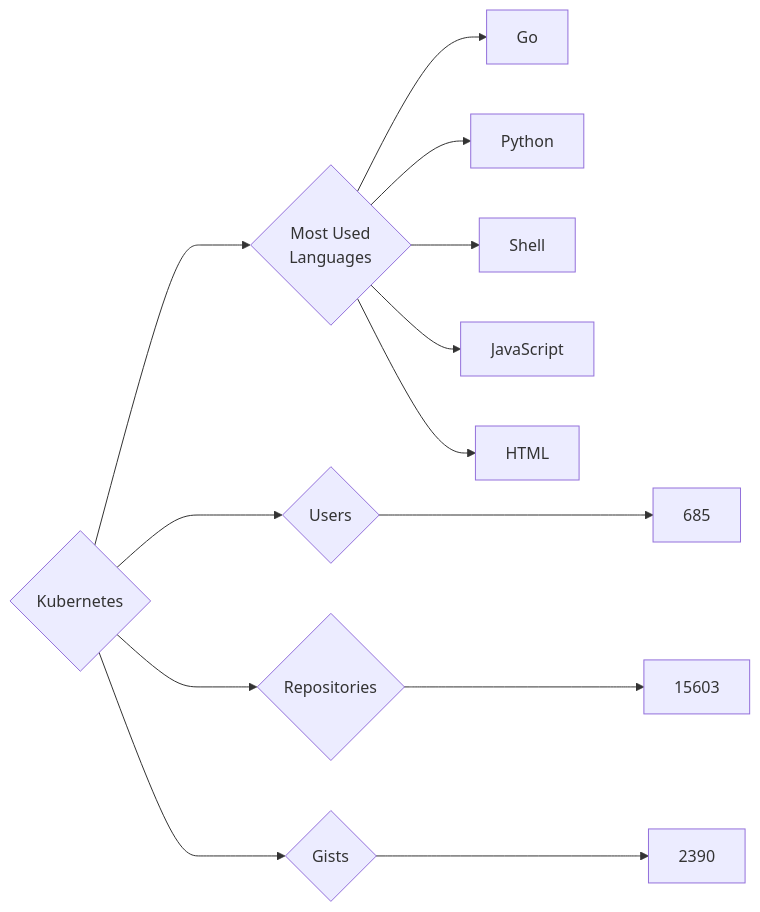
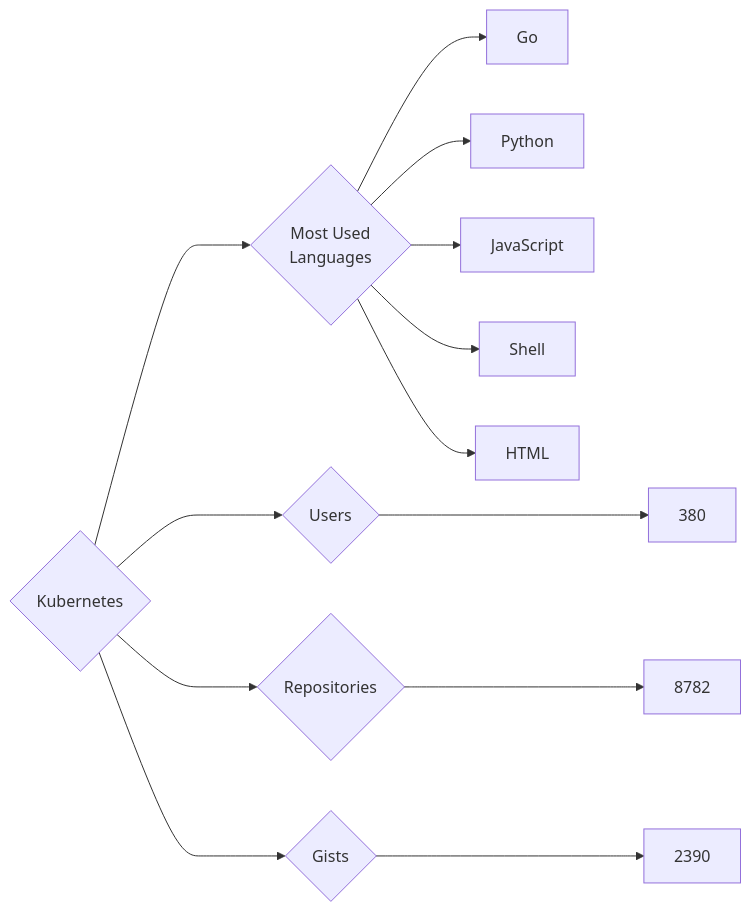
The diagram in targets/Kubernetes/README.md (trickest/insiders), drawn with Mermaid before and after one commit. The commit also changed 873 other files, not shown here.

````diff
--- a/targets/Kubernetes/README.md
+++ b/targets/Kubernetes/README.md
@@ -3,13 +3,13 @@
 ```mermaid
 graph LR
 COMPANY_NAME{Kubernetes}
-COMPANY_NAME ---> U{Users} ---> UN[685]
-COMPANY_NAME ---> R{Repositories} ---> RN[15603]
+COMPANY_NAME ---> U{Users} ---> UN[380]
+COMPANY_NAME ---> R{Repositories} ---> RN[8782]
 COMPANY_NAME ---> G{Gists} ---> GN[2390]
 COMPANY_NAME ---> ML{Most Used<br>Languages}
 ML --> Go[Go]
 ML --> Python[Python]
+ML --> JavaScript[JavaScript]
 ML --> Shell[Shell]
-ML --> JavaScript[JavaScript]
 ML --> HTML[HTML]
 ```
````
